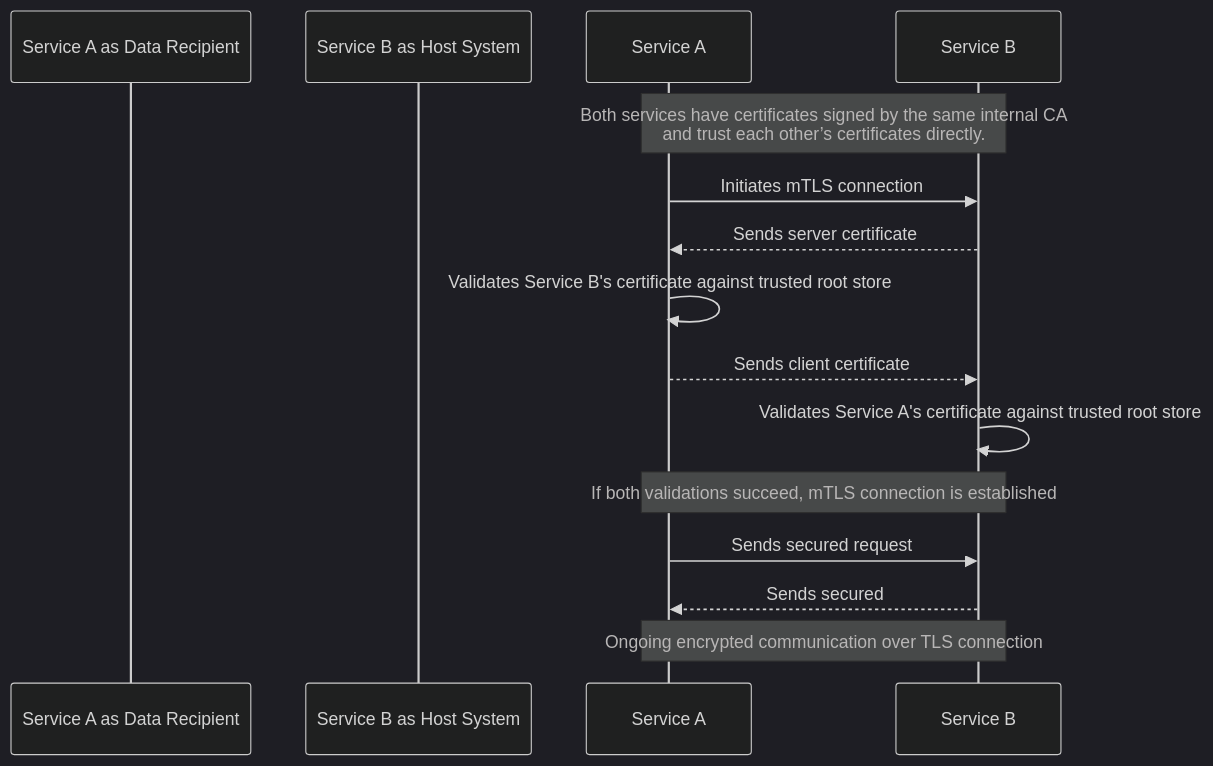
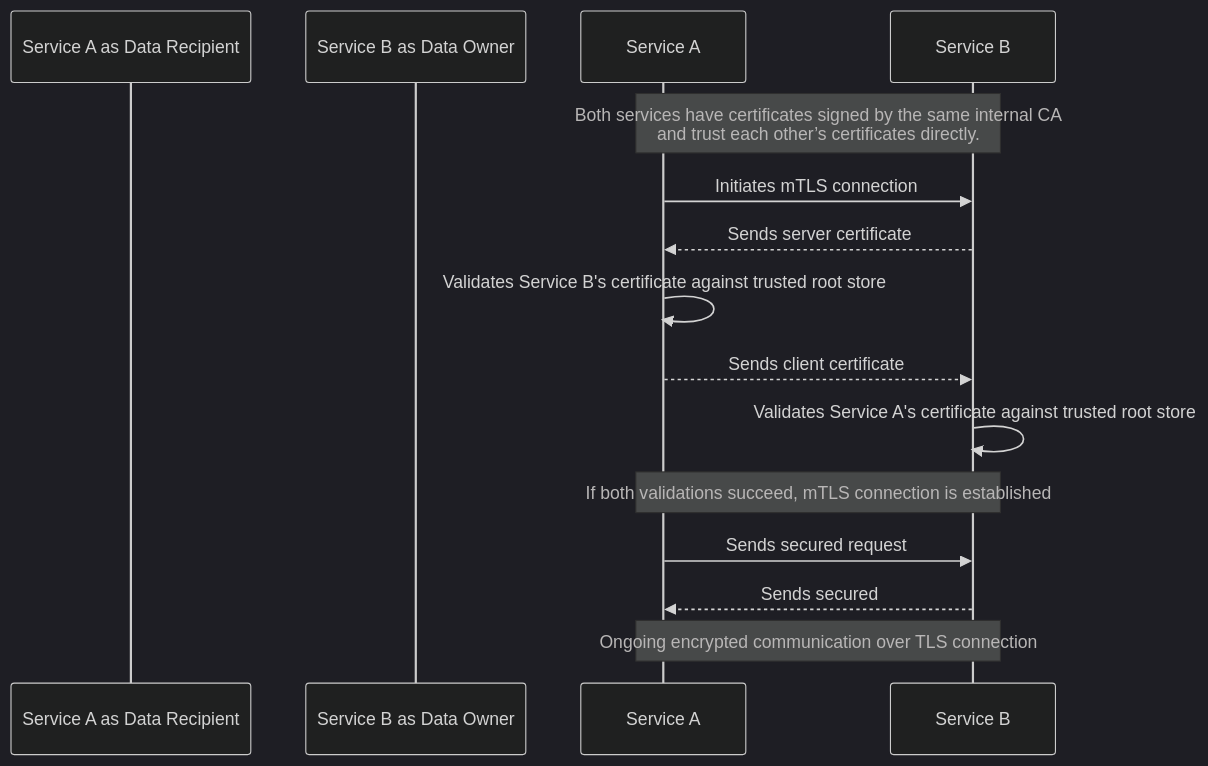
Before and after one commit to wbcsd/pact-directory-service: the fourth of 4 diagrams in docs/diagrams.md, drawn with Mermaid (dark theme). The commit also changed other lines of this file and 5 other files, not shown here.

````diff
--- a/docs/diagrams.md
+++ b/docs/diagrams.md
@@ -53,21 +53,21 @@
 ```mermaid
 sequenceDiagram
     participant Service A as Data Recipient
-    participant Service B as Host System
+    participant Service B as Data Owner
 
     Note over Service A,Service B: Both services have certificates signed by the same internal CA<br>and trust each other’s certificates directly.
 
     Service A->>Service B: Initiates mTLS connection
     Service B-->>Service A: Sends server certificate
     Service A->>Service A: Validates Service B's certificate against trusted root store
 
     Service A-->>Service B: Sends client certificate
     Service B->>Service B: Validates Service A's certificate against trusted root store
 
     Note over Service A,Service B: If both validations succeed, mTLS connection is established
 
     Service A->>Service B: Sends secured request
     Service B-->>Service A: Sends secured
 
     Note over Service A,Service B: Ongoing encrypted communication over TLS connection
 ```
````
